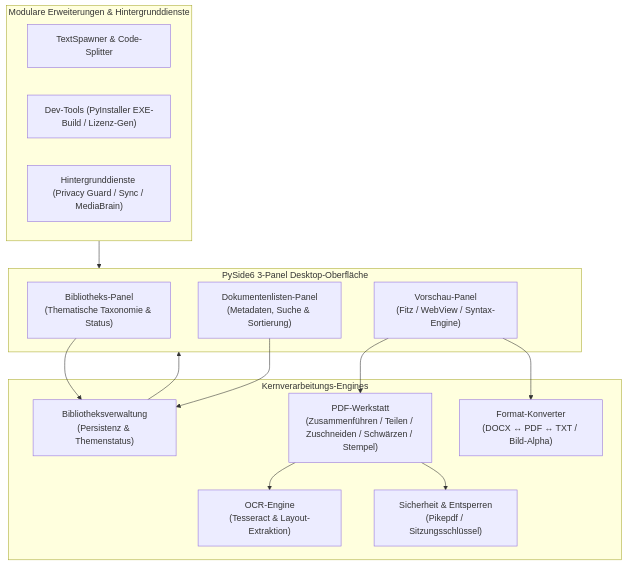
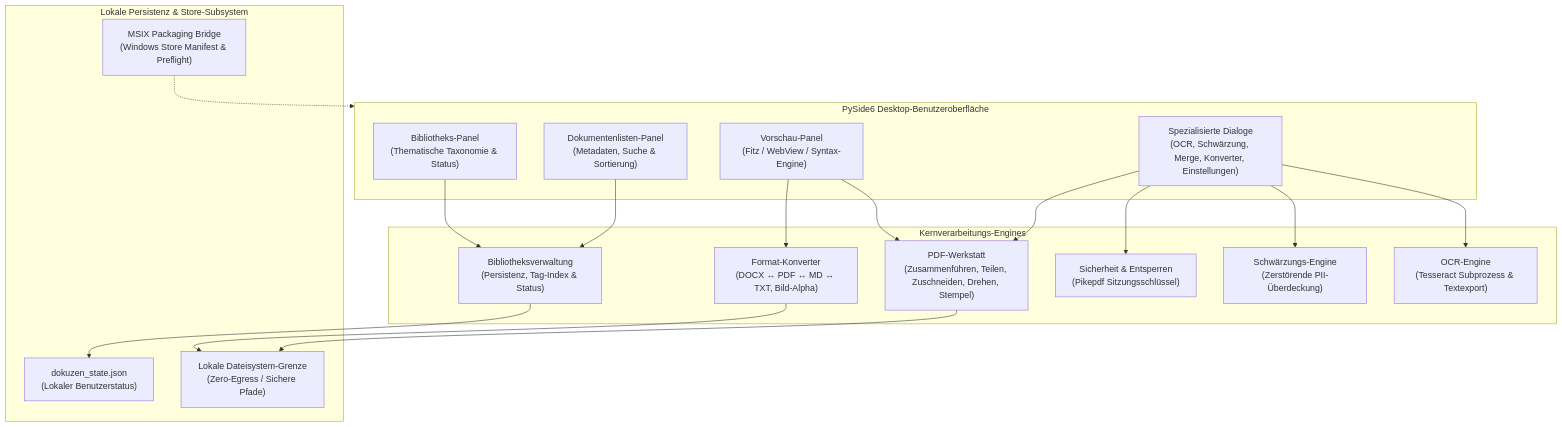
Before and after one commit to doc-bricks/DokuZen: the first of 2 diagrams in README_de.md, drawn with Mermaid. The commit also changed other lines of this file and 6 other files, not shown here.

Commit message:
docs(design): discoverability, visual showcase, mermaid architecture & security policy hardening

````diff
--- a/README_de.md
+++ b/README_de.md
@@ -30,31 +56,37 @@
 ```mermaid
-graph TD
-    subgraph UI ["PySide6 3-Panel Desktop-Oberfläche"]
+flowchart TD
+    subgraph UI ["PySide6 Desktop-Benutzeroberfläche"]
         LP["Bibliotheks-Panel<br/>(Thematische Taxonomie & Status)"]
         DP["Dokumentenlisten-Panel<br/>(Metadaten, Suche & Sortierung)"]
         PP["Vorschau-Panel<br/>(Fitz / WebView / Syntax-Engine)"]
+        DLG["Spezialisierte Dialoge<br/>(OCR, Schwärzung, Merge, Konverter, Einstellungen)"]
     end
 
     subgraph Core ["Kernverarbeitungs-Engines"]
-        LIB["Bibliotheksverwaltung<br/>(Persistenz & Themenstatus)"]
-        PDF["PDF-Werkstatt<br/>(Zusammenführen / Teilen / Zuschneiden / Schwärzen / Stempel)"]
-        OCR["OCR-Engine<br/>(Tesseract & Layout-Extraktion)"]
-        CVT["Format-Konverter<br/>(DOCX ↔ PDF ↔ TXT / Bild-Alpha)"]
-        SEC["Sicherheit & Entsperren<br/>(Pikepdf / Sitzungsschlüssel)"]
+        LIB["Bibliotheksverwaltung<br/>(Persistenz, Tag-Index & Status)"]
+        PDF["PDF-Werkstatt<br/>(Zusammenführen, Teilen, Zuschneiden, Drehen, Stempel)"]
+        OCR["OCR-Engine<br/>(Tesseract Subprozess & Textexport)"]
+        CVT["Format-Konverter<br/>(DOCX ↔ PDF ↔ MD ↔ TXT, Bild-Alpha)"]
+        SEC["Sicherheit & Entsperren<br/>(Pikepdf Sitzungsschlüssel)"]
+        RED["Schwärzungs-Engine<br/>(Zerstörende PII-Überdeckung)"]
     end
 
-    subgraph Plugins ["Modulare Erweiterungen & Hintergrunddienste"]
-        SPW["TextSpawner & Code-Splitter"]
-        DEV["Dev-Tools (PyInstaller EXE-Build / Lizenz-Gen)"]
-        BG["Hintergrunddienste (Privacy Guard / Sync / MediaBrain)"]
+    subgraph Storage ["Lokale Persistenz & Store-Subsystem"]
+        STATE["dokuzen_state.json<br/>(Lokaler Benutzerstatus)"]
+        FS["Lokale Dateisystem-Grenze<br/>(Zero-Egress / Sichere Pfade)"]
+        MSIX["MSIX Packaging Bridge<br/>(Windows Store Manifest & Preflight)"]
     end
 
     LP --> LIB
     DP --> LIB
     PP --> PDF
     PP --> CVT
-    PDF --> OCR
-    PDF --> SEC
-    LIB --> UI
-    Plugins --> UI
+    DLG --> OCR
+    DLG --> RED
+    DLG --> SEC
+    DLG --> PDF
+    PDF --> FS
+    CVT --> FS
+    LIB --> STATE
+    MSIX -.-> UI
 ```
````
